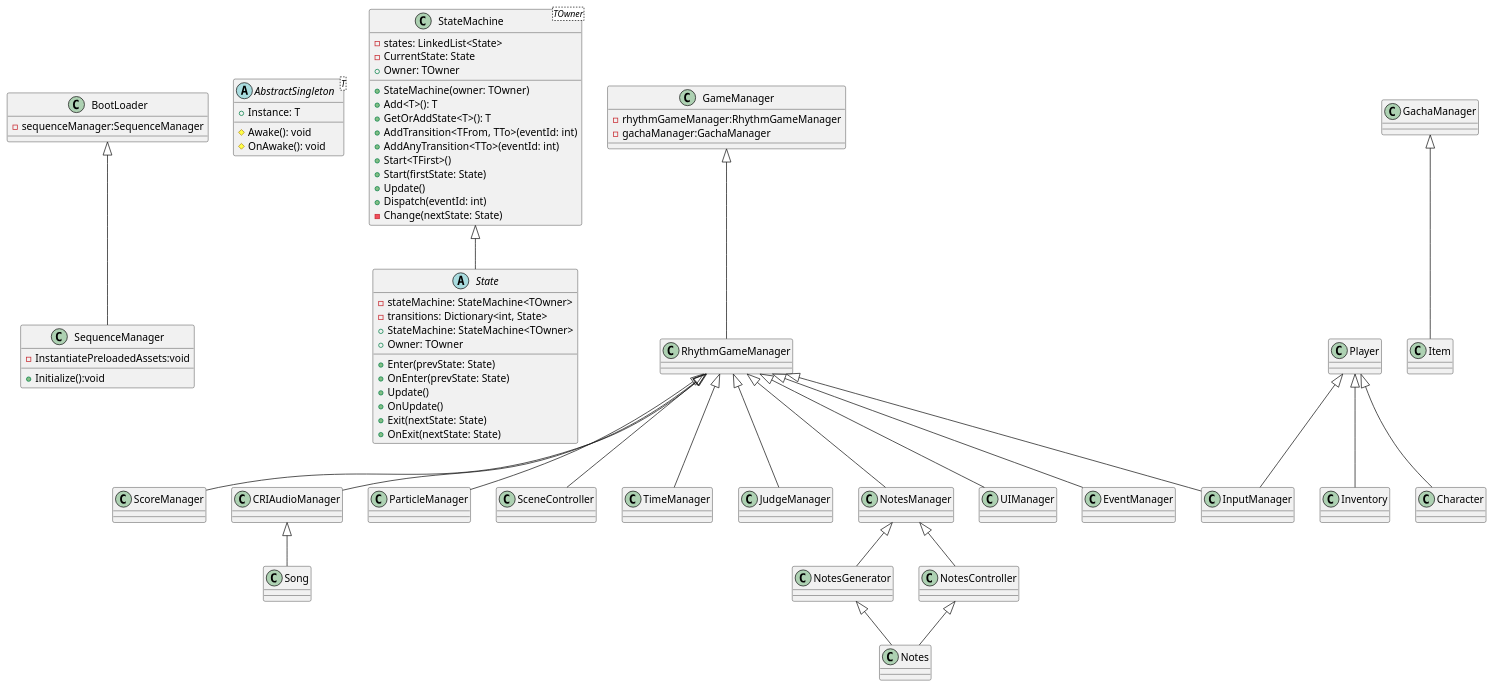
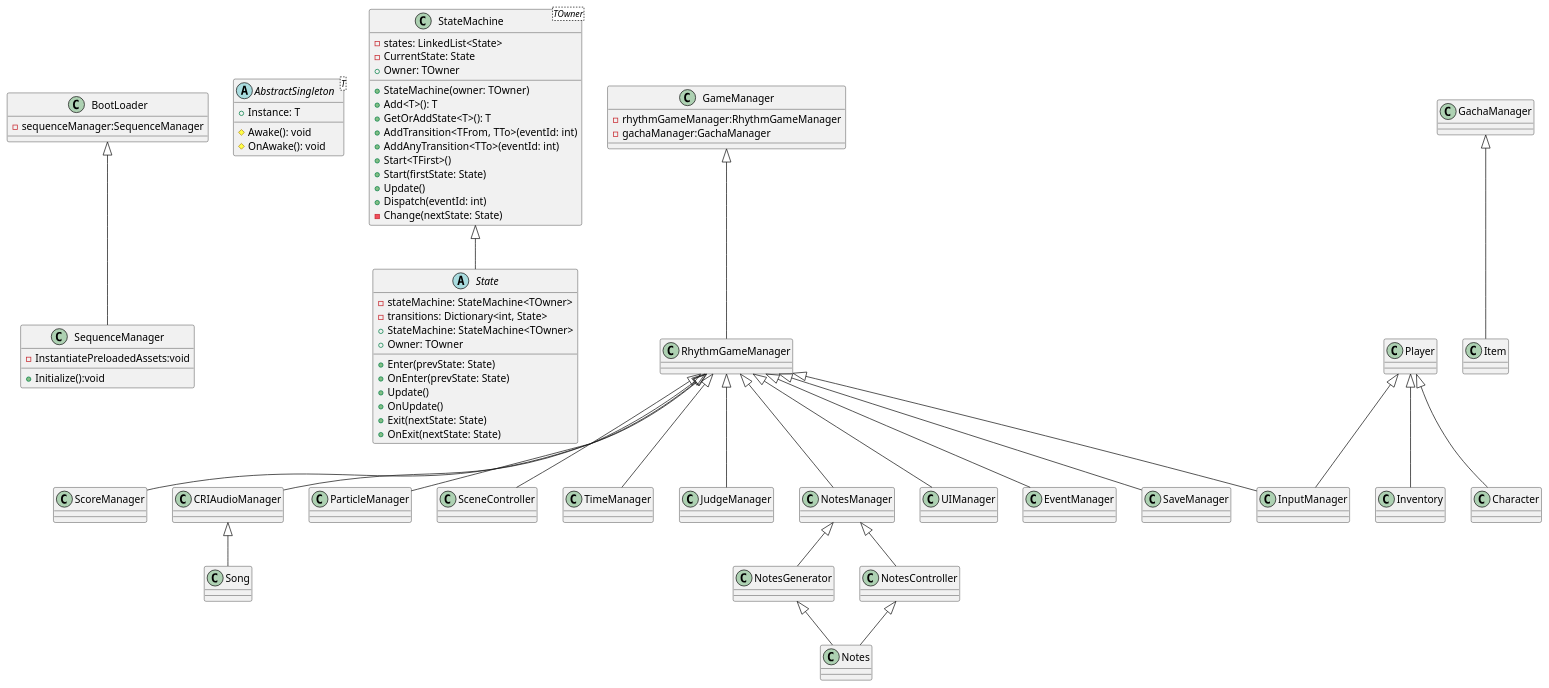
Before and after one commit to Hikanyan/ChronicleDimension: the diagram in Assets/ChronicleDimensionProject/ClassTree/ClassTree.pu, drawn with PlantUML. The commit also changed 8 other files, not shown here.

```diff
--- a/Assets/ChronicleDimensionProject/ClassTree/ClassTree.pu
+++ b/Assets/ChronicleDimensionProject/ClassTree/ClassTree.pu
@@ -1,142 +1,146 @@
 @startuml
 
 class BootLoader{
     -sequenceManager:SequenceManager
 }
 class SequenceManager{
     +Initialize():void
     -InstantiatePreloadedAssets:void
 }
 abstract class AbstractSingleton<T> {
   +Instance: T
   #Awake(): void
   #OnAwake(): void
 }
 abstract class AbstractSingleton<T>
 Class StateMachine<TOwner> {
   -states: LinkedList<State>
   -CurrentState: State
   +Owner: TOwner
   +StateMachine(owner: TOwner)
   +Add<T>(): T
   +GetOrAddState<T>(): T
   +AddTransition<TFrom, TTo>(eventId: int)
   +AddAnyTransition<TTo>(eventId: int)
   +Start<TFirst>()
   +Start(firstState: State)
   +Update()
   +Dispatch(eventId: int)
   -Change(nextState: State)
 }
 
 abstract class State {
   -stateMachine: StateMachine<TOwner>
   -transitions: Dictionary<int, State>
   +StateMachine: StateMachine<TOwner>
   +Owner: TOwner
   +Enter(prevState: State)
   +OnEnter(prevState: State)
   +Update()
   +OnUpdate()
   +Exit(nextState: State)
   +OnExit(nextState: State)
 }
 
 class GameManager {
  -rhythmGameManager:RhythmGameManager
  -gachaManager:GachaManager
 }
 class RhythmGameManager{
 
 }
 class ScoreManager{
 
 }
 class CRIAudioManager{
 
 }
 class ParticleManager{
 
 }
 class SceneController{
 
 }
 class TimeManager{
 
 }
 class InputManager{
 
 }
 class JudgeManager{
 
 }
 class NotesManager{
 
 }
 class UIManager{
 
 }
 class EventManager{
 
 }
 class GachaManager{
 
 }
 class NotesGenerator{
 
 }
 class NotesController{
 
 }
+class SaveManager{
+
+}
 
 class Player{
 
 }
 class Notes{
 
 }
 class Song{
 
 }
 class Item{
 
 }
 class Inventory{
 
 }
 class Character{
 
 }
 
 
 BootLoader <|-- SequenceManager
 StateMachine <|-- State
 
 GameManager <|-- RhythmGameManager
 
 RhythmGameManager <|-- ScoreManager
 RhythmGameManager <|-- CRIAudioManager
 RhythmGameManager <|-- ParticleManager
 RhythmGameManager <|-- SceneController
 RhythmGameManager <|-- TimeManager
 RhythmGameManager <|-- InputManager
 RhythmGameManager <|-- JudgeManager
 RhythmGameManager <|-- NotesManager
 RhythmGameManager <|-- UIManager
 RhythmGameManager <|-- EventManager
+RhythmGameManager <|-- SaveManager
 
 Player<|-- InputManager
 Player<|-- Inventory
 Player<|-- Character
 
 NotesManager  <|-- NotesGenerator
 NotesManager  <|-- NotesController
 
 NotesGenerator <|-- Notes
 NotesController <|-- Notes
 
 CRIAudioManager<|--Song
 
 GachaManager <|-- Item
 
 @enduml
```
